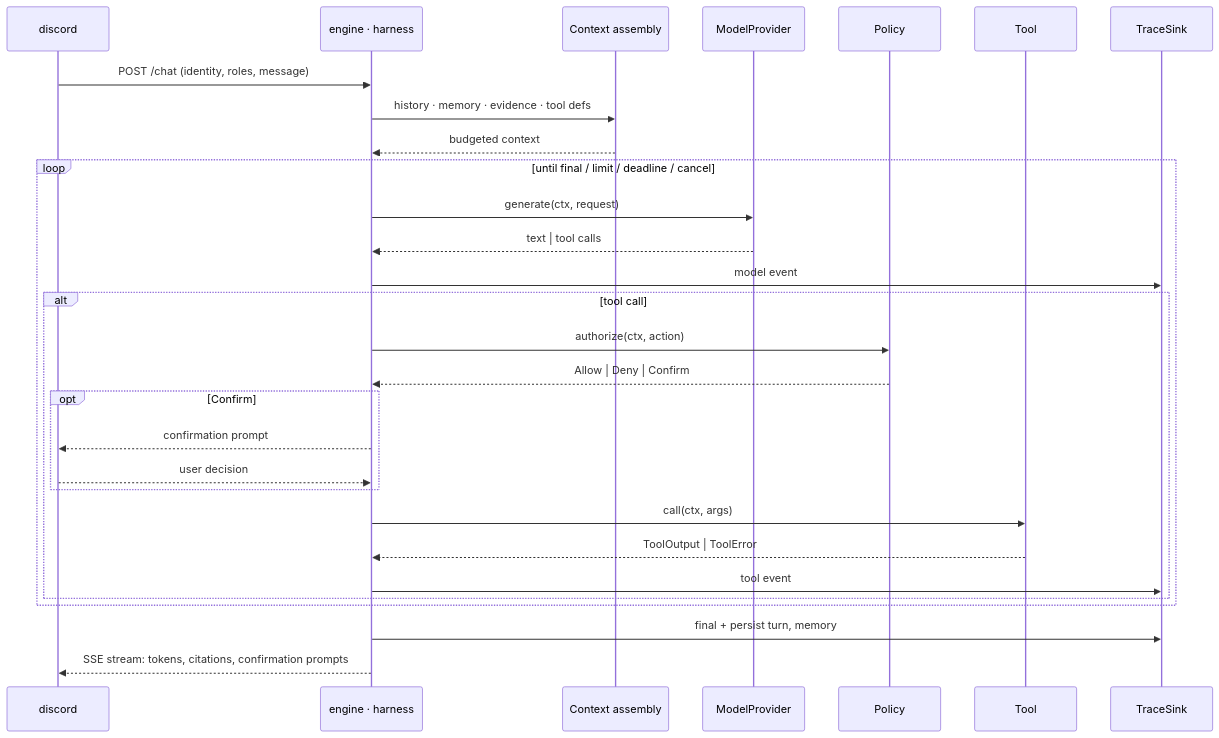
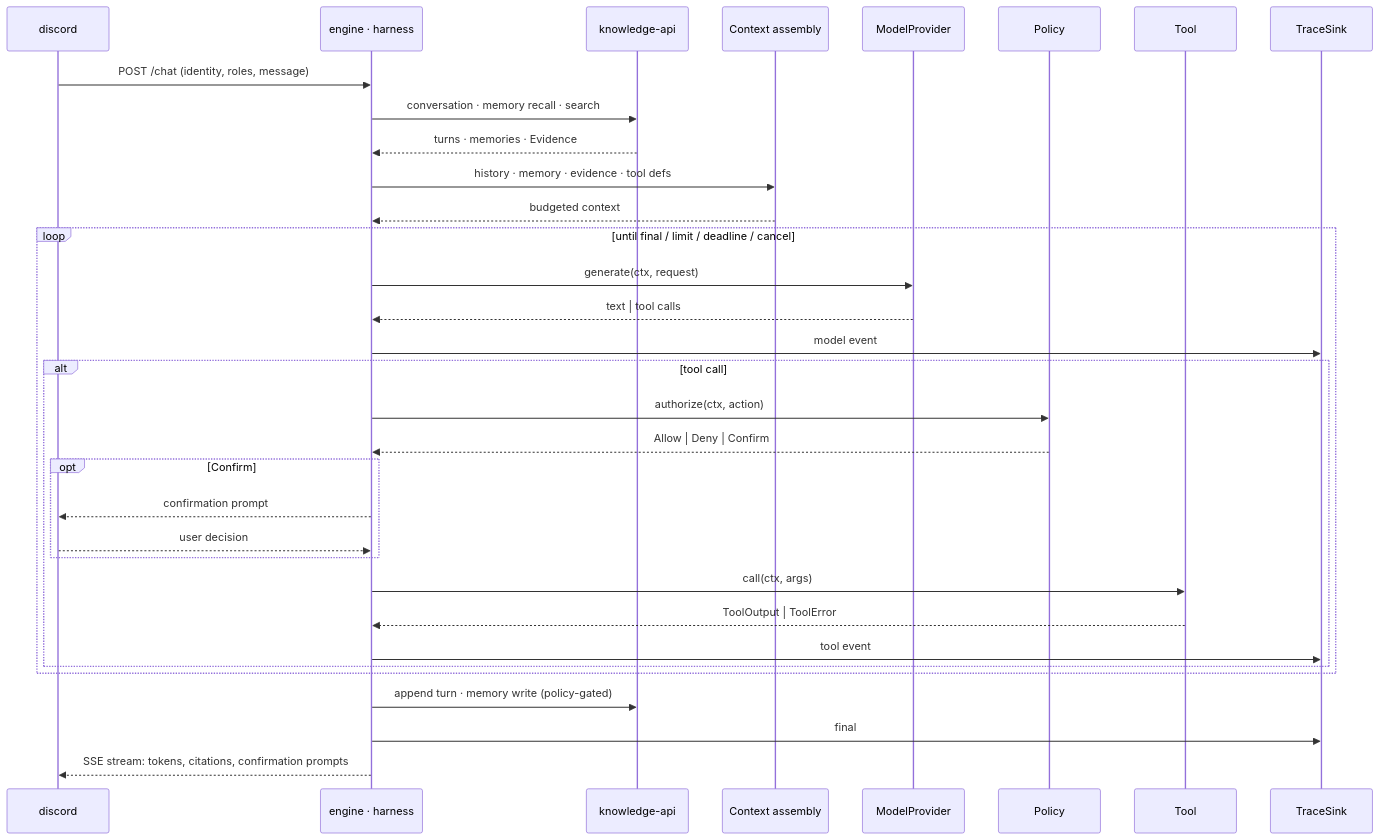
Before and after one commit to ashworks1706/SparkyAI: the third of 9 diagrams in docs/ARCHITECTURE.md, drawn with Mermaid. The commit also changed other lines of this file and 91 other files, not shown here.

````diff
--- a/docs/ARCHITECTURE.md
+++ b/docs/ARCHITECTURE.md
@@ -194,32 +202,36 @@
 ```mermaid
 sequenceDiagram
     participant D as discord
     participant H as engine · harness
+    participant K as knowledge-api
     participant C as Context assembly
     participant M as ModelProvider
     participant P as Policy
     participant T as Tool
     participant X as TraceSink
 
     D->>H: POST /chat (identity, roles, message)
+    H->>K: conversation · memory recall · search
+    K-->>H: turns · memories · Evidence
     H->>C: history · memory · evidence · tool defs
     C-->>H: budgeted context
     loop until final / limit / deadline / cancel
         H->>M: generate(ctx, request)
         M-->>H: text | tool calls
         H->>X: model event
         alt tool call
             H->>P: authorize(ctx, action)
             P-->>H: Allow | Deny | Confirm
             opt Confirm
                 H-->>D: confirmation prompt
                 D-->>H: user decision
             end
             H->>T: call(ctx, args)
             T-->>H: ToolOutput | ToolError
             H->>X: tool event
         end
     end
-    H->>X: final + persist turn, memory
+    H->>K: append turn · memory write (policy-gated)
+    H->>X: final
     H-->>D: SSE stream: tokens, citations, confirmation prompts
 ```
````
